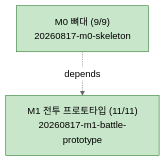
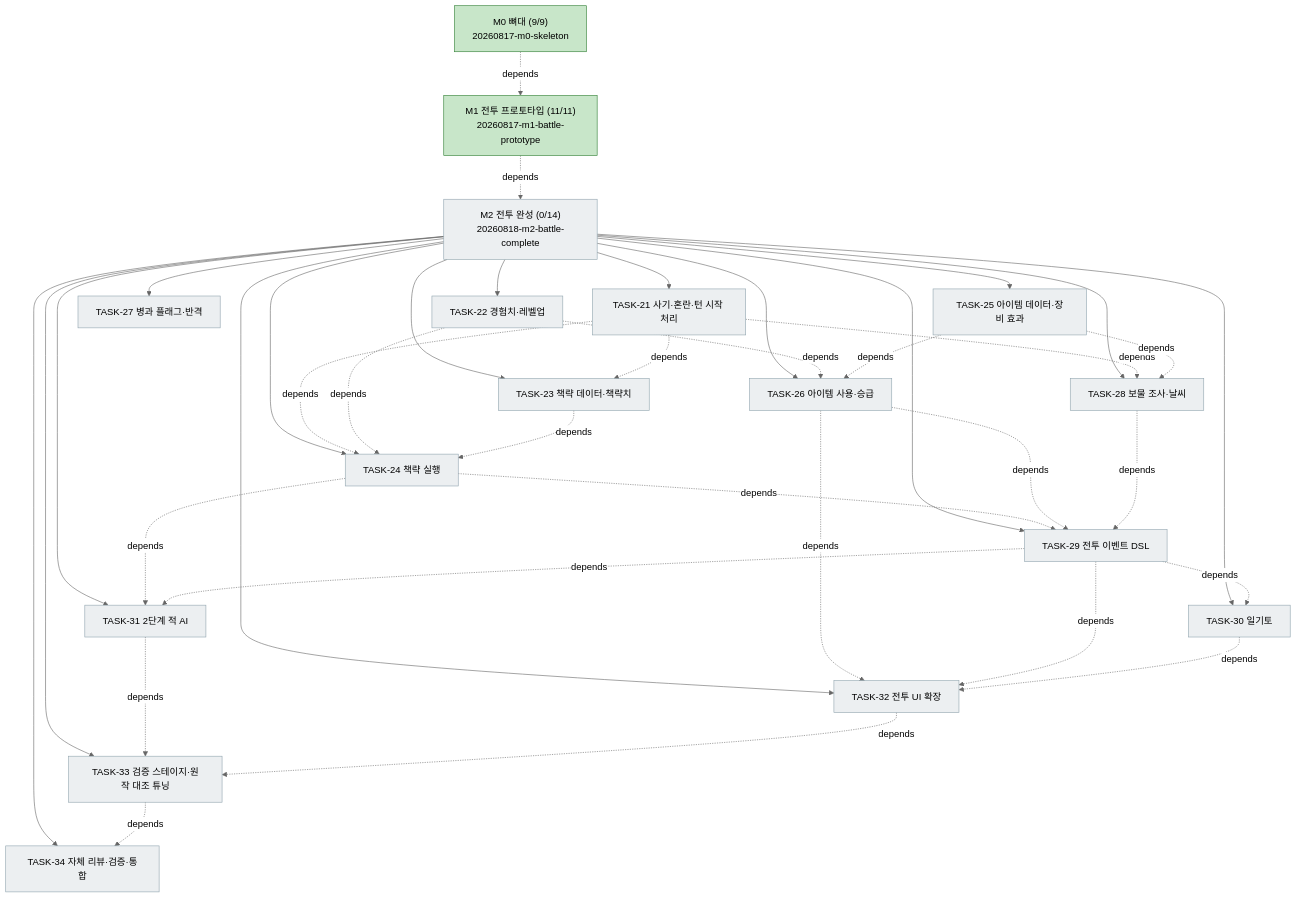
One commit to bluesky5008/HERO changed the diagram in docs/plan.md. Above: the diagram before and after it, drawn with Mermaid (neutral theme). The commit also changed other lines of this file and 1 other file, not shown here.

````diff
--- a/docs/plan.md
+++ b/docs/plan.md
@@ -56,10 +77,46 @@
 ```mermaid
 flowchart TD
     M0["M0 뼈대 (9/9)<br/>20260817-m0-skeleton"]:::done
     M1["M1 전투 프로토타입 (11/11)<br/>20260817-m1-battle-prototype"]:::done
+    M2["M2 전투 완성 (0/14)<br/>20260818-m2-battle-complete"]:::todo
     M0 -. depends .-> M1
+    M1 -. depends .-> M2
+    M2 --> T21["TASK-21 사기·혼란·턴 시작 처리"]:::todo
+    M2 --> T22["TASK-22 경험치·레벨업"]:::todo
+    M2 --> T23["TASK-23 책략 데이터·책략치"]:::todo
+    M2 --> T24["TASK-24 책략 실행"]:::todo
+    M2 --> T25["TASK-25 아이템 데이터·장비 효과"]:::todo
+    M2 --> T26["TASK-26 아이템 사용·승급"]:::todo
+    M2 --> T27["TASK-27 병과 플래그·반격"]:::todo
+    M2 --> T28["TASK-28 보물 조사·날씨"]:::todo
+    M2 --> T29["TASK-29 전투 이벤트 DSL"]:::todo
+    M2 --> T30["TASK-30 일기토"]:::todo
+    M2 --> T31["TASK-31 2단계 적 AI"]:::todo
+    M2 --> T32["TASK-32 전투 UI 확장"]:::todo
+    M2 --> T33["TASK-33 검증 스테이지·원작 대조 튜닝"]:::todo
+    M2 --> T34["TASK-34 자체 리뷰·검증·통합"]:::todo
+    T21 -. depends .-> T23
+    T21 -. depends .-> T24
+    T22 -. depends .-> T24
+    T23 -. depends .-> T24
+    T22 -. depends .-> T26
+    T25 -. depends .-> T26
+    T21 -. depends .-> T28
+    T25 -. depends .-> T28
+    T24 -. depends .-> T29
+    T26 -. depends .-> T29
+    T28 -. depends .-> T29
+    T29 -. depends .-> T30
+    T24 -. depends .-> T31
+    T29 -. depends .-> T31
+    T26 -. depends .-> T32
+    T29 -. depends .-> T32
+    T30 -. depends .-> T32
+    T31 -. depends .-> T33
+    T32 -. depends .-> T33
+    T33 -. depends .-> T34
     classDef done fill:#c8e6c9,stroke:#2e7d32
     classDef active fill:#fff9c4,stroke:#f9a825
     classDef todo fill:#eceff1,stroke:#90a4ae
     classDef gate fill:#ffcdd2,stroke:#c62828
 ```
````
